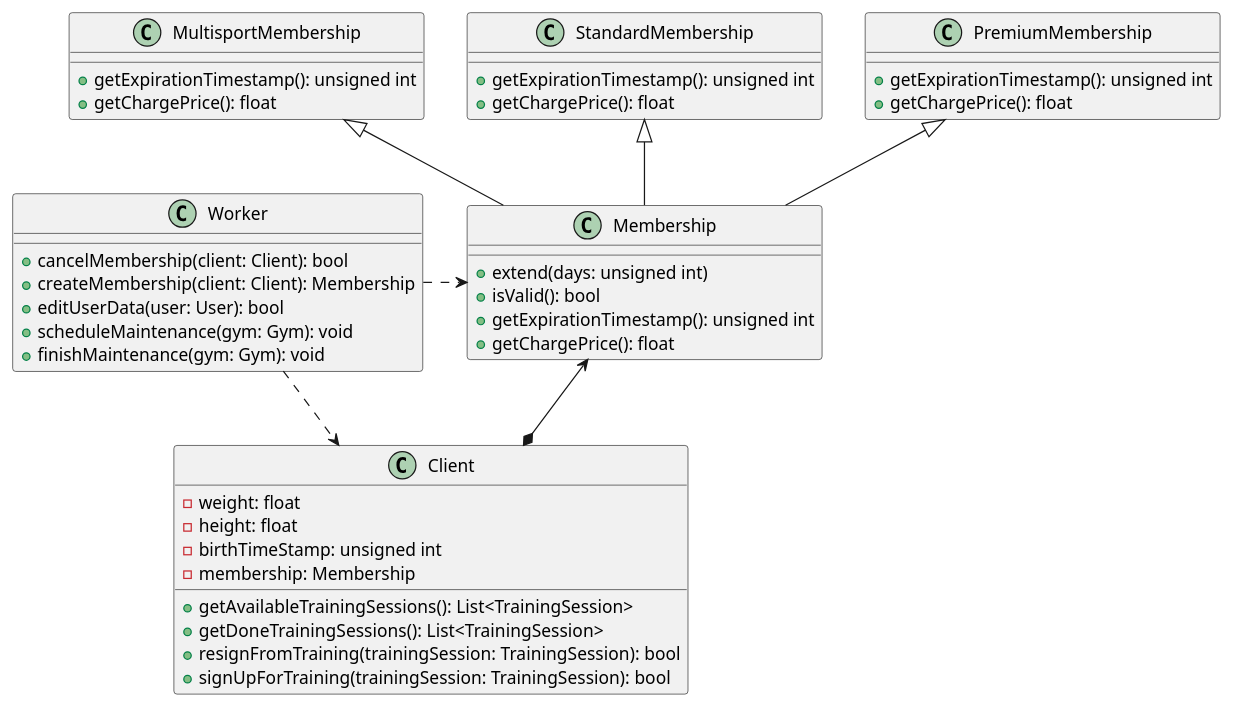
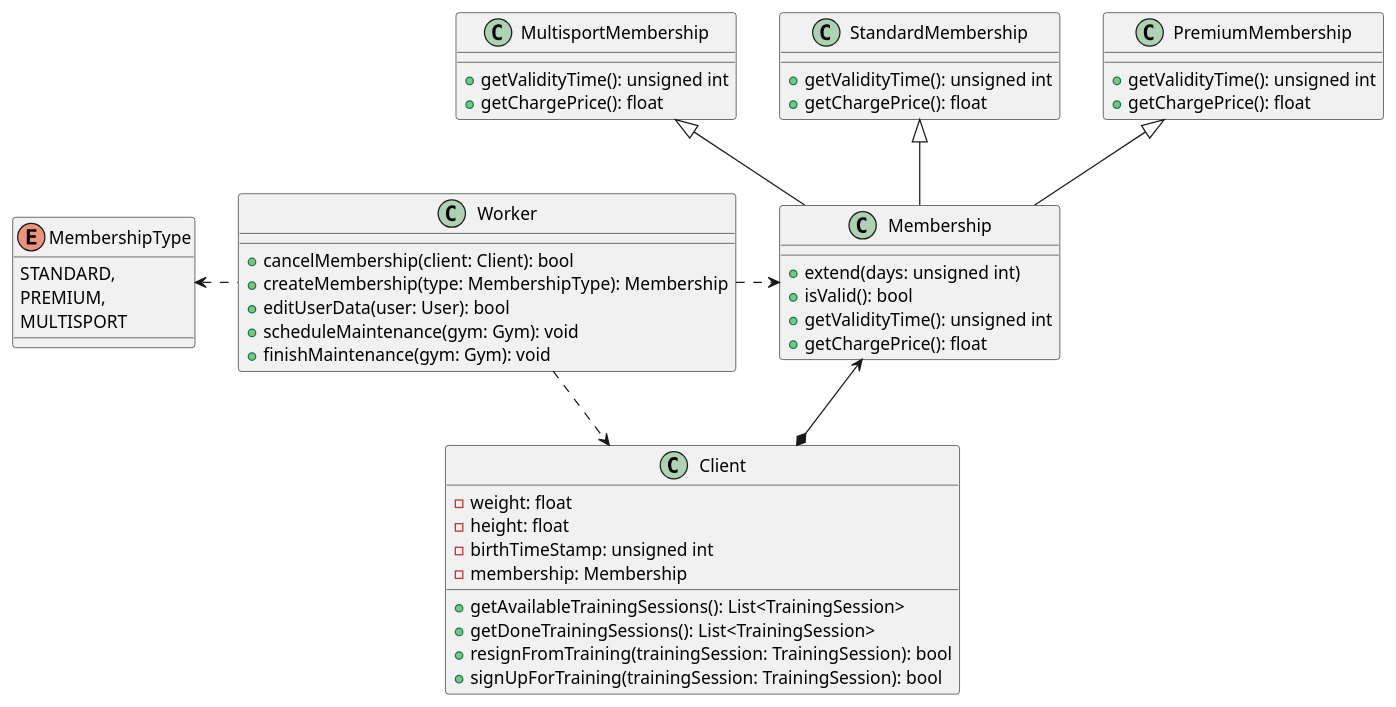
The diagram in src/pattern_diagrams/filip/factory_method_membership.puml (filip-stepien/software-engineering-lab), drawn with PlantUML before and after one commit.

Commit message:
edit factory method

```diff
--- a/src/pattern_diagrams/filip/factory_method_membership.puml
+++ b/src/pattern_diagrams/filip/factory_method_membership.puml
@@ -1,54 +1,61 @@
 @startuml
+enum MembershipType {
+    STANDARD,
+    PREMIUM,
+    MULTISPORT
+}
+
 class Membership {
     + extend(days: unsigned int)
     + isValid(): bool
-    + getExpirationTimestamp(): unsigned int
+    + getValidityTime(): unsigned int
     + getChargePrice(): float
 }
 
 class MultisportMembership {
-    + getExpirationTimestamp(): unsigned int
+    + getValidityTime(): unsigned int
     + getChargePrice(): float
 }
 
 MultisportMembership <|-- Membership
 
 class StandardMembership {
-    + getExpirationTimestamp(): unsigned int
+    + getValidityTime(): unsigned int
     + getChargePrice(): float
 }
 
 StandardMembership <|-- Membership
 
 class PremiumMembership {
-    + getExpirationTimestamp(): unsigned int
+    + getValidityTime(): unsigned int
     + getChargePrice(): float
 }
 
 PremiumMembership <|-- Membership
 
 class Client {
     - weight: float
     - height: float
     - birthTimeStamp: unsigned int
     - membership: Membership
     + getAvailableTrainingSessions(): List<TrainingSession>
     + getDoneTrainingSessions(): List<TrainingSession>
     + resignFromTraining(trainingSession: TrainingSession): bool
     + signUpForTraining(trainingSession: TrainingSession): bool
 }
 
+Worker .left.> MembershipType
+
 class Worker {
     + cancelMembership(client: Client): bool
-    + createMembership(client: Client): Membership
+    + createMembership(type: MembershipType): Membership
     + editUserData(user: User): bool
     + scheduleMaintenance(gym: Gym): void
     + finishMaintenance(gym: Gym): void
 }
 
 Worker -.> Client
 Worker .> Membership
 
 Membership <--* Client
-
 @enduml
```
